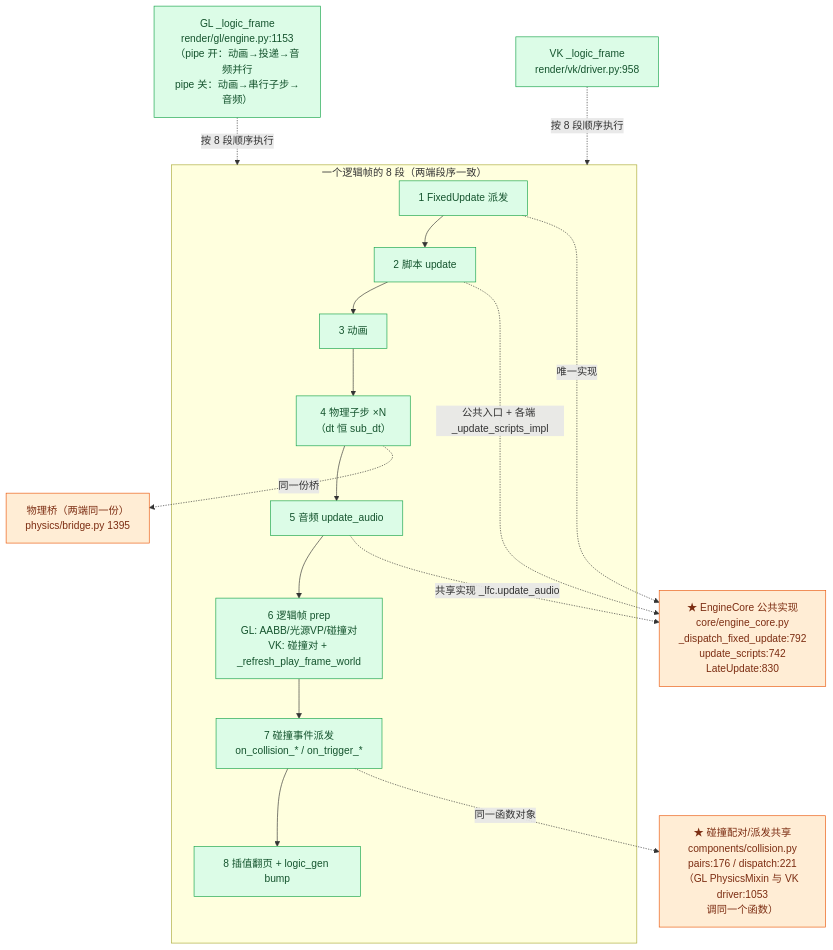
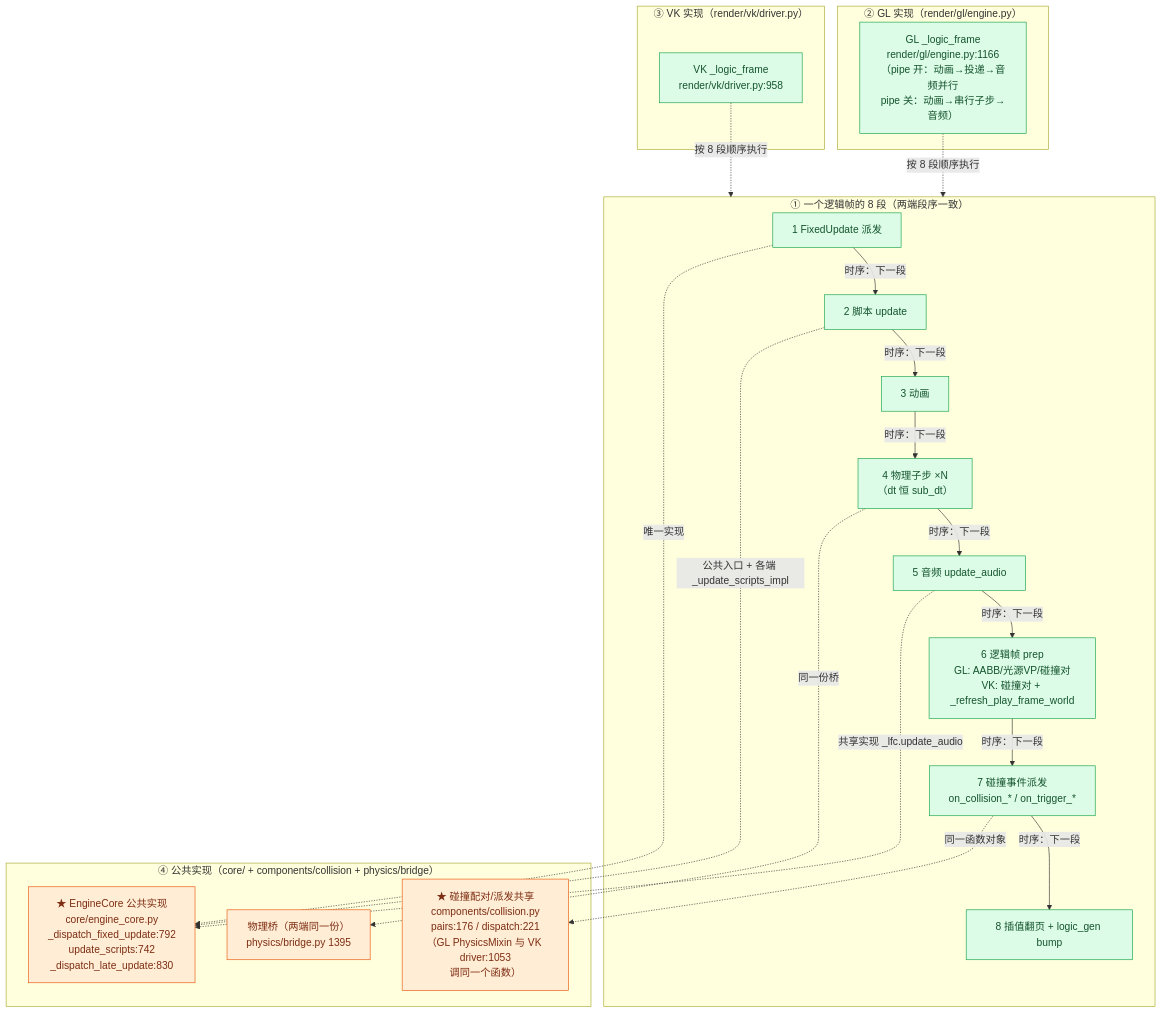
Before and after one commit to lhy302/WeaveEngine: diagram 18 of 23 in ARCHITECTURE.md, drawn with Mermaid. The commit also changed other lines of this file, not shown here.

Commit message:
docs: 图 15~19 全部改为功能模块分框结构（含事实实测刷新）

````diff
--- a/ARCHITECTURE.md
+++ b/ARCHITECTURE.md
@@ -1231,29 +1239,41 @@
 ```mermaid
 flowchart TB
-  subgraph SEG["一个逻辑帧的 8 段（两端段序一致）"]
+  subgraph SEQ["① 一个逻辑帧的 8 段（两端段序一致）"]
     S1["1 FixedUpdate 派发"]:::ok
     S2["2 脚本 update"]:::ok
     S3["3 动画"]:::ok
     S4["4 物理子步 ×N<br/>（dt 恒 sub_dt）"]:::ok
     S5["5 音频 update_audio"]:::ok
     S6["6 逻辑帧 prep<br/>GL: AABB/光源VP/碰撞对<br/>VK: 碰撞对 + _refresh_play_frame_world"]:::ok
     S7["7 碰撞事件派发<br/>on_collision_* / on_trigger_*"]:::ok
     S8["8 插值翻页 + logic_gen bump"]:::ok
-    S1 --> S2 --> S3 --> S4 --> S5 --> S6 --> S7 --> S8
+    S1 -->|"时序：下一段"| S2
+    S2 -->|"时序：下一段"| S3
+    S3 -->|"时序：下一段"| S4
+    S4 -->|"时序：下一段"| S5
+    S5 -->|"时序：下一段"| S6
+    S6 -->|"时序：下一段"| S7
+    S7 -->|"时序：下一段"| S8
   end
-  I1["GL _logic_frame<br/>render/gl/engine.py:1153<br/>（pipe 开：动画→投递→音频并行<br/>pipe 关：动画→串行子步→音频）"]:::impl
-  I2["VK _logic_frame<br/>render/vk/driver.py:958"]:::impl
-  I3["★ EngineCore 公共实现<br/>core/engine_core.py<br/>_dispatch_fixed_update:792<br/>update_scripts:742<br/>LateUpdate:830"]:::contract
-  I4["★ 碰撞配对/派发共享<br/>components/collision.py<br/>pairs:176 / dispatch:221<br/>（GL PhysicsMixin 与 VK driver:1053<br/>调同一个函数）"]:::contract
-  I5["物理桥（两端同一份）<br/>physics/bridge.py 1395"]:::contract
-  I1 -.->|按 8 段顺序执行| SEG
-  I2 -.->|按 8 段顺序执行| SEG
+  subgraph GLIMPL["② GL 实现（render/gl/engine.py）"]
+    I1["GL _logic_frame<br/>render/gl/engine.py:1166<br/>（pipe 开：动画→投递→音频并行<br/>pipe 关：动画→串行子步→音频）"]:::impl
+  end
+  subgraph VKIMPL["③ VK 实现（render/vk/driver.py）"]
+    I2["VK _logic_frame<br/>render/vk/driver.py:958"]:::impl
+  end
+  subgraph COMMONIMPL["④ 公共实现（core/ + components/collision + physics/bridge）"]
+    I3["★ EngineCore 公共实现<br/>core/engine_core.py<br/>_dispatch_fixed_update:792<br/>update_scripts:742<br/>_dispatch_late_update:830"]:::contract
+    I4["★ 碰撞配对/派发共享<br/>components/collision.py<br/>pairs:176 / dispatch:221<br/>（GL PhysicsMixin 与 VK driver:1053<br/>调同一个函数）"]:::contract
+    I5["物理桥（两端同一份）<br/>physics/bridge.py 1395"]:::contract
+  end
+  I1 -.->|按 8 段顺序执行| SEQ
+  I2 -.->|按 8 段顺序执行| SEQ
   S1 -.->|唯一实现| I3
   S2 -.->|公共入口 + 各端 _update_scripts_impl| I3
   S5 -.->|共享实现 _lfc.update_audio| I3
   S7 -.->|同一函数对象| I4
   S4 -.->|同一份桥| I5
   classDef ok fill:#dcfce7,stroke:#16a34a,color:#14532d
   classDef impl fill:#dcfce7,stroke:#16a34a,color:#14532d
   classDef contract fill:#ffedd5,stroke:#ea580c,color:#7c2d12
 ```
````
